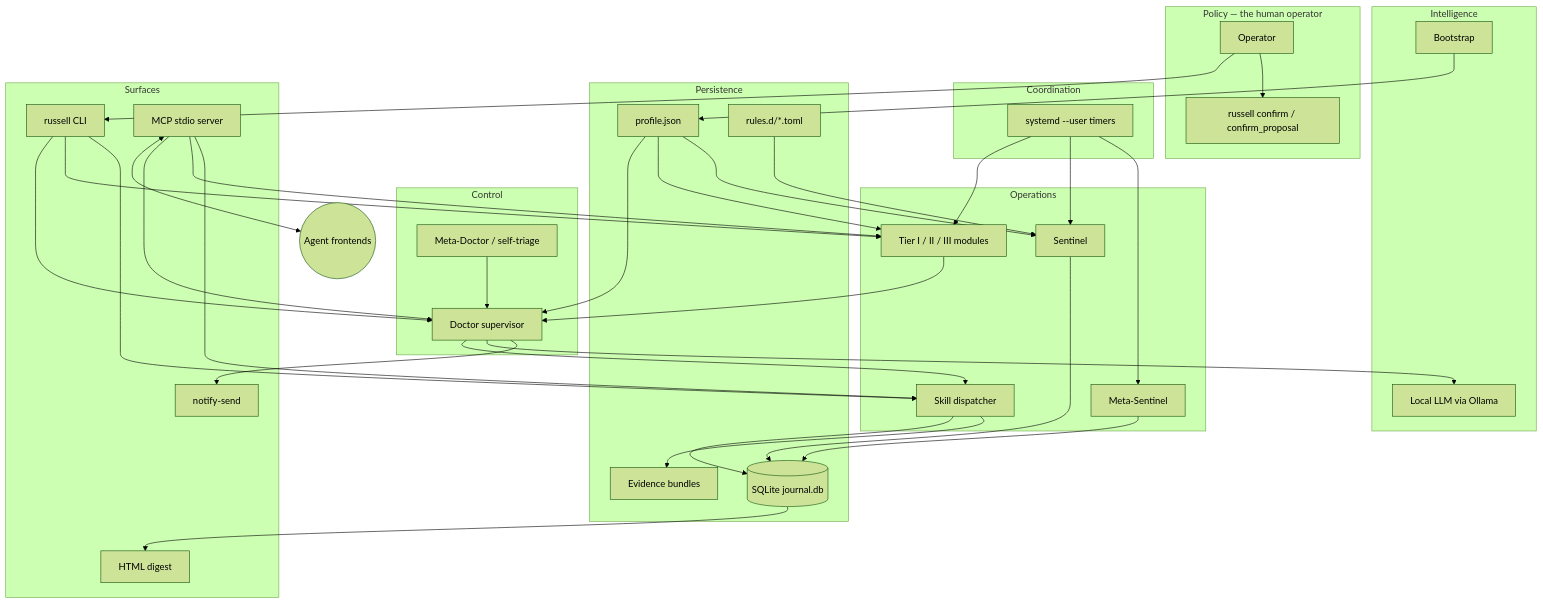
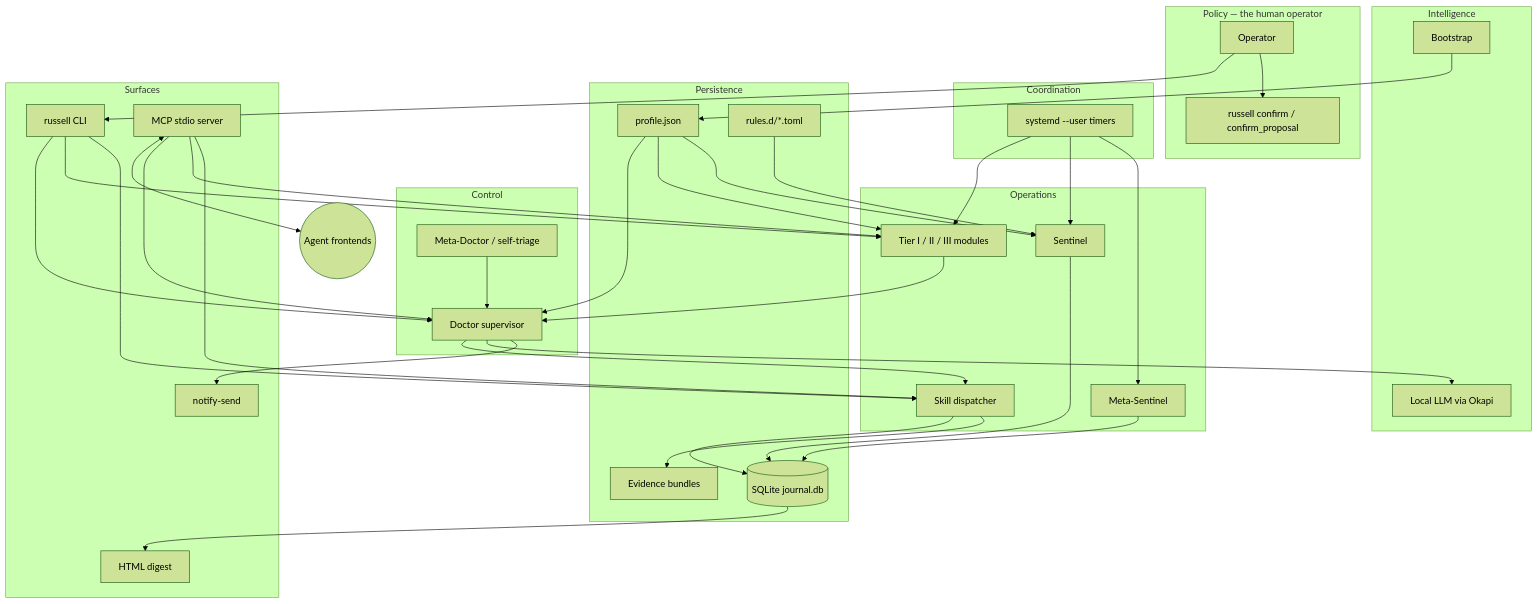
The first of 2 diagrams in docs/architecture/overview.md (mdz-axo/russell), drawn with Mermaid (forest theme) before and after one commit. The commit also changed other lines of this file and 25 other files, not shown here.

````diff
--- a/docs/architecture/overview.md
+++ b/docs/architecture/overview.md
@@ -31,58 +31,58 @@
 ```mermaid
 flowchart TB
   subgraph POLICY [Policy — the human operator]
     USER[Operator]
     CONFIRM[russell confirm / confirm_proposal]
   end
 
   subgraph INTEL [Intelligence]
     BOOT[Bootstrap]
-    LLM[Local LLM via Ollama]
+    LLM[Local LLM via Okapi]
   end
 
   subgraph CONTROL [Control]
     DOCTOR[Doctor supervisor]
     PROPRIO[Meta-Doctor / self-triage]
   end
 
   subgraph COORD [Coordination]
     CLOCK[systemd --user timers]
   end
 
   subgraph OPS [Operations]
     SENTINEL[Sentinel]
     META[Meta-Sentinel]
     TIERS[Tier I / II / III modules]
     SKILLS[Skill dispatcher]
   end
 
   subgraph PERSIST [Persistence]
     JOURNAL[(SQLite journal.db)]
     PROFILE[profile.json]
     EVIDENCE[Evidence bundles]
     RULES[rules.d/*.toml]
   end
 
   subgraph SURFACE [Surfaces]
     CLI[russell CLI]
     MCP[MCP stdio server]
     NOTIFY[notify-send]
     DIGEST[HTML digest]
   end
 
   USER --> CLI & CONFIRM
   MCP <--> AGENTS((Agent frontends))
   CLI & MCP --> DOCTOR & TIERS & SKILLS
   CLOCK --> TIERS & SENTINEL & META
   SENTINEL --> JOURNAL
   META --> JOURNAL
   TIERS --> DOCTOR
   DOCTOR --> SKILLS --> JOURNAL & EVIDENCE
   DOCTOR --> LLM
   PROPRIO --> DOCTOR
   BOOT --> PROFILE
   PROFILE --> DOCTOR & TIERS & SENTINEL
   RULES --> SENTINEL
   JOURNAL --> DIGEST
   DOCTOR --> NOTIFY
 ```
````
